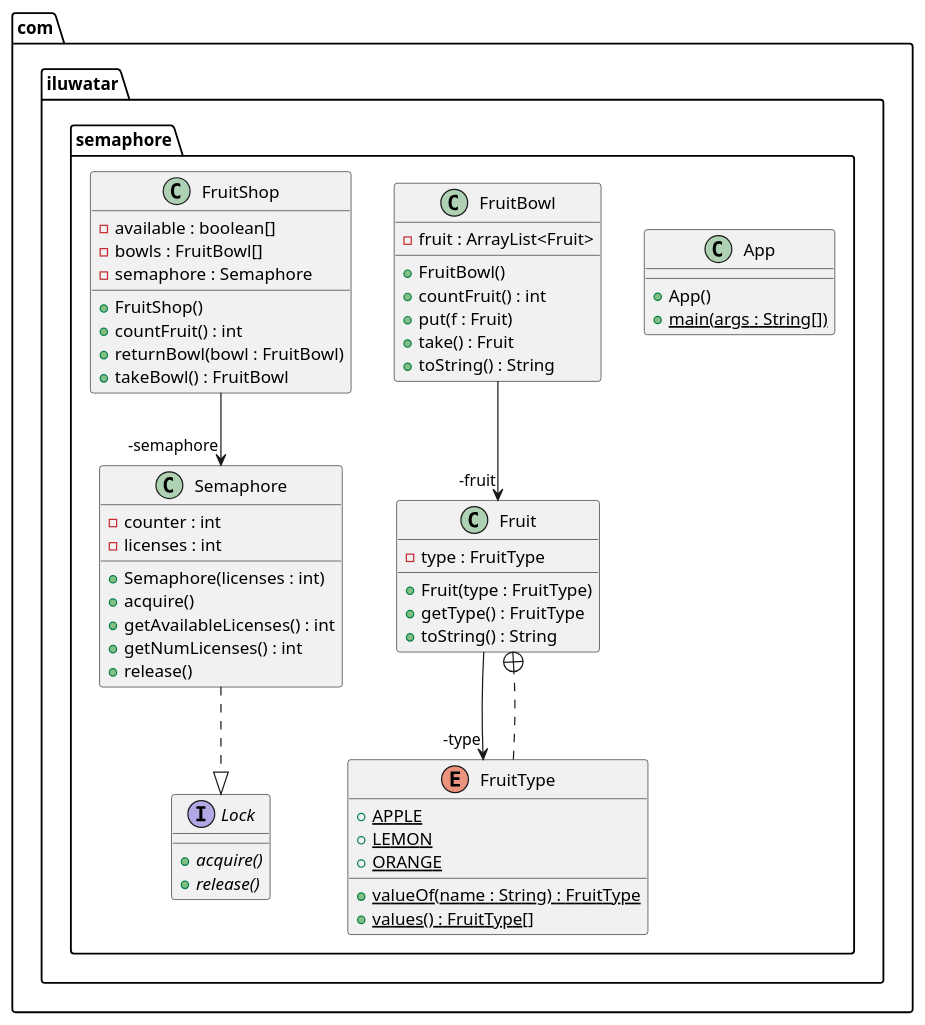
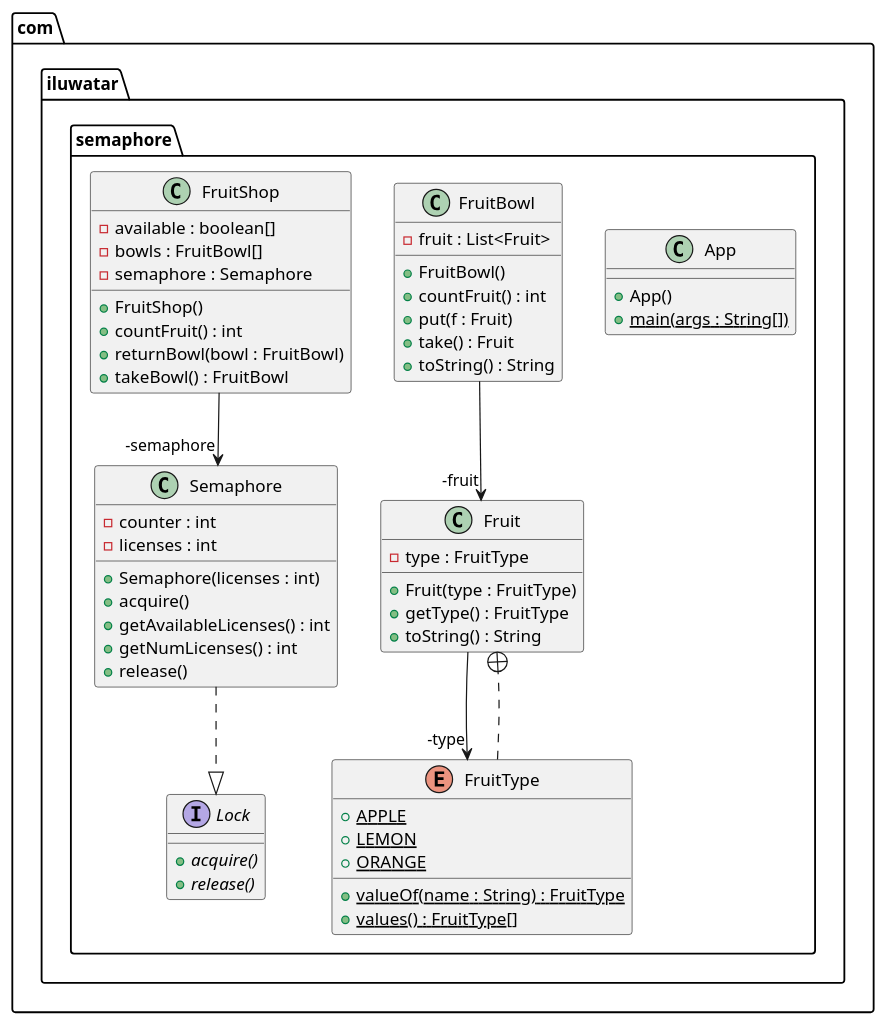
One commit to NatalieSty/java-design-patterns changed the diagram in semaphore/etc/semaphore.urm.puml. Above: the diagram before and after it, drawn with PlantUML. The commit also changed 23 other files, not shown here.

```diff
--- a/semaphore/etc/semaphore.urm.puml
+++ b/semaphore/etc/semaphore.urm.puml
@@ -1,56 +1,56 @@
 @startuml
 package com.iluwatar.semaphore {
   class App {
     + App()
     + main(args : String[]) {static}
   }
   class Fruit {
     - type : FruitType
     + Fruit(type : FruitType)
     + getType() : FruitType
     + toString() : String
   }
   enum FruitType {
     + APPLE {static}
     + LEMON {static}
     + ORANGE {static}
     + valueOf(name : String) : FruitType {static}
     + values() : FruitType[] {static}
   }
   class FruitBowl {
-    - fruit : ArrayList<Fruit>
+    - fruit : List<Fruit>
     + FruitBowl()
     + countFruit() : int
     + put(f : Fruit)
     + take() : Fruit
     + toString() : String
   }
   class FruitShop {
     - available : boolean[]
     - bowls : FruitBowl[]
     - semaphore : Semaphore
     + FruitShop()
     + countFruit() : int
     + returnBowl(bowl : FruitBowl)
     + takeBowl() : FruitBowl
   }
   interface Lock {
     + acquire() {abstract}
     + release() {abstract}
   }
   class Semaphore {
     - counter : int
     - licenses : int
     + Semaphore(licenses : int)
     + acquire()
     + getAvailableLicenses() : int
     + getNumLicenses() : int
     + release()
   }
 }
+FruitType ..+ Fruit
 Fruit -->  "-type" FruitType
-FruitType ..+ Fruit
 FruitShop -->  "-semaphore" Semaphore
 FruitBowl -->  "-fruit" Fruit
 Semaphore ..|> Lock 
 @enduml
```
